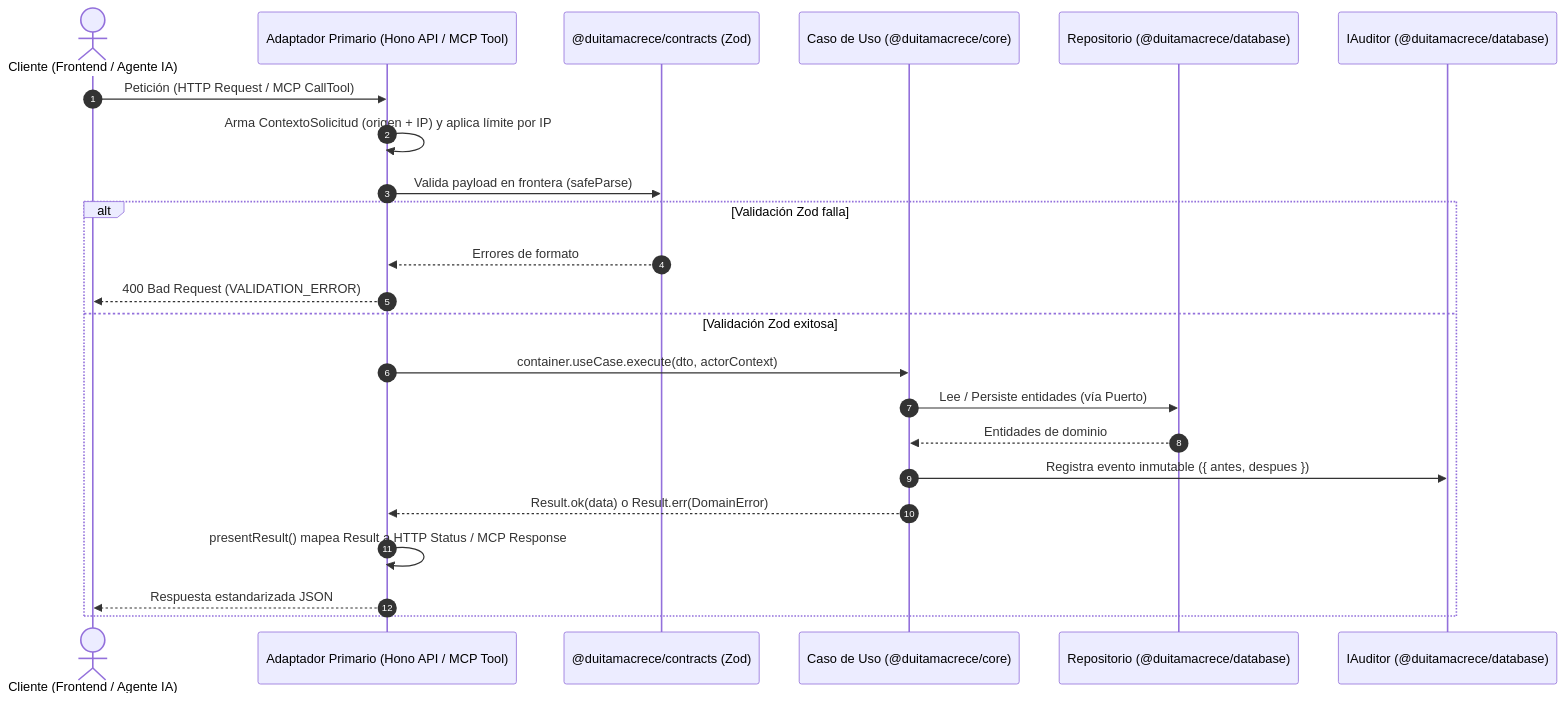
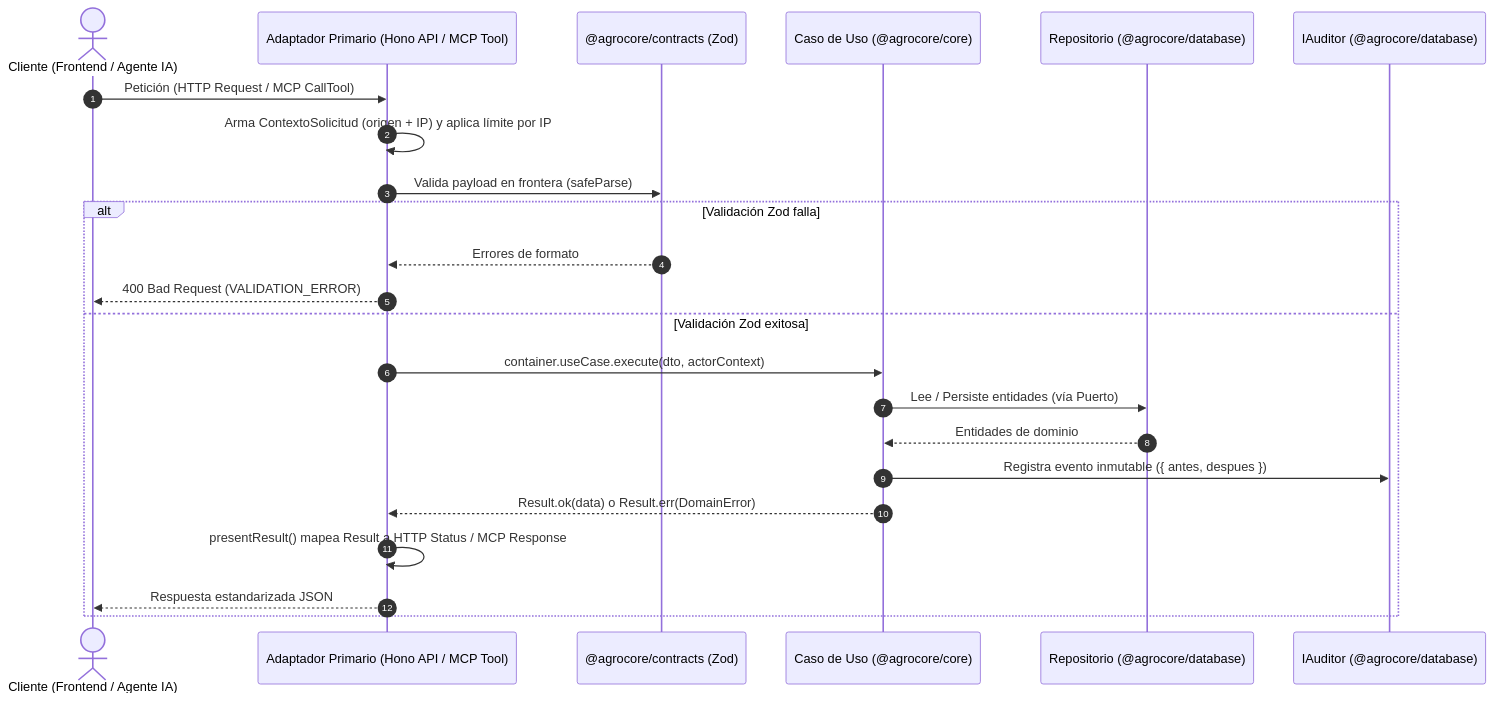
The second of 2 diagrams in context/rules_architecture.md (castillograndasantiagoeduardo-design/AgroCore), drawn with Mermaid before and after one commit. The commit also changed other lines of this file and 113 other files, not shown here.

Commit message:
fase 1: renombre a AgroCore (@agrocore/*, base agrocore, servidor MCP)

````diff
--- a/context/rules_architecture.md
+++ b/context/rules_architecture.md
@@ -61,26 +61,26 @@
 ```mermaid
 sequenceDiagram
     autonumber
     actor Cliente as Cliente (Frontend / Agente IA)
     participant Entry as Adaptador Primario (Hono API / MCP Tool)
-    participant Zod as @duitamacrece/contracts (Zod)
-    participant UC as Caso de Uso (@duitamacrece/core)
-    participant Repo as Repositorio (@duitamacrece/database)
-    participant Audit as IAuditor (@duitamacrece/database)
+    participant Zod as @agrocore/contracts (Zod)
+    participant UC as Caso de Uso (@agrocore/core)
+    participant Repo as Repositorio (@agrocore/database)
+    participant Audit as IAuditor (@agrocore/database)
 
     Cliente->>Entry: Petición (HTTP Request / MCP CallTool)
     Entry->>Entry: Arma ContextoSolicitud (origen + IP) y aplica límite por IP
     Entry->>Zod: Valida payload en frontera (safeParse)
     alt Validación Zod falla
         Zod-->>Entry: Errores de formato
         Entry-->>Cliente: 400 Bad Request (VALIDATION_ERROR)
     else Validación Zod exitosa
         Entry->>UC: container.useCase.execute(dto, actorContext)
         UC->>Repo: Lee / Persiste entidades (vía Puerto)
         Repo-->>UC: Entidades de dominio
         UC->>Audit: Registra evento inmutable ({ antes, despues })
         UC-->>Entry: Result.ok(data) o Result.err(DomainError)
         Entry->>Entry: presentResult() mapea Result a HTTP Status / MCP Response
         Entry-->>Cliente: Respuesta estandarizada JSON
     end
 ```
````
